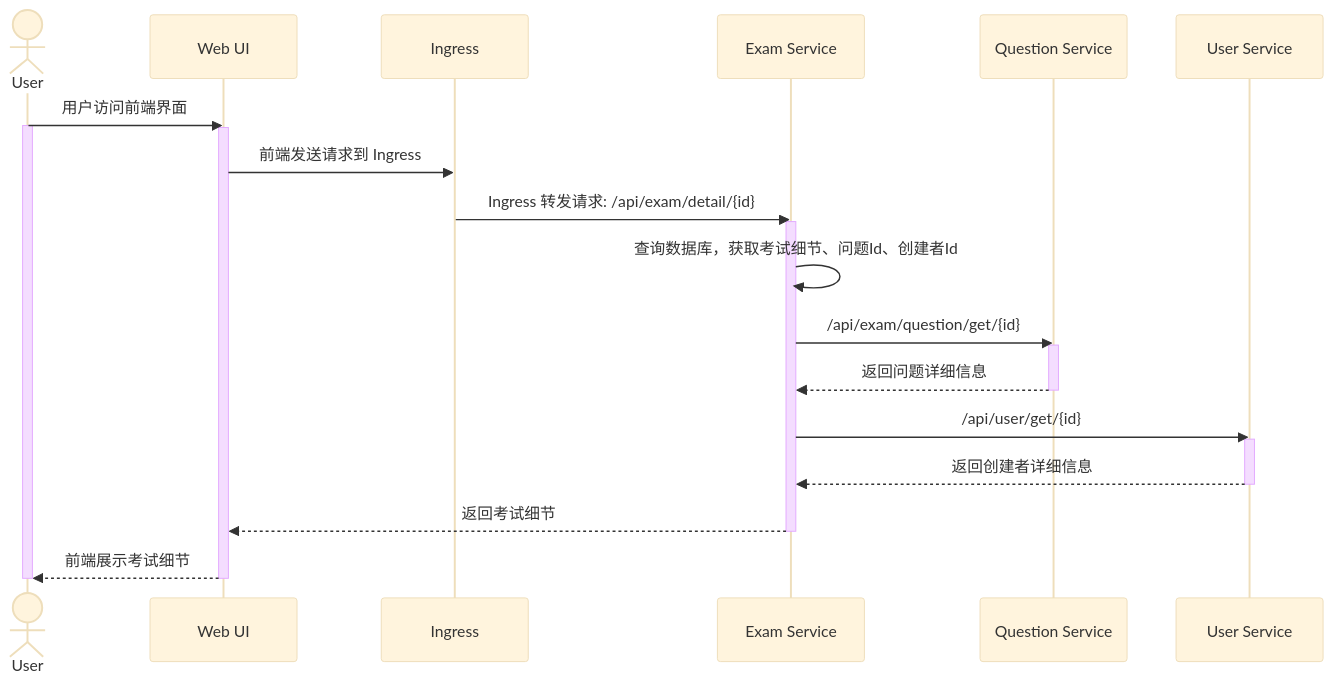
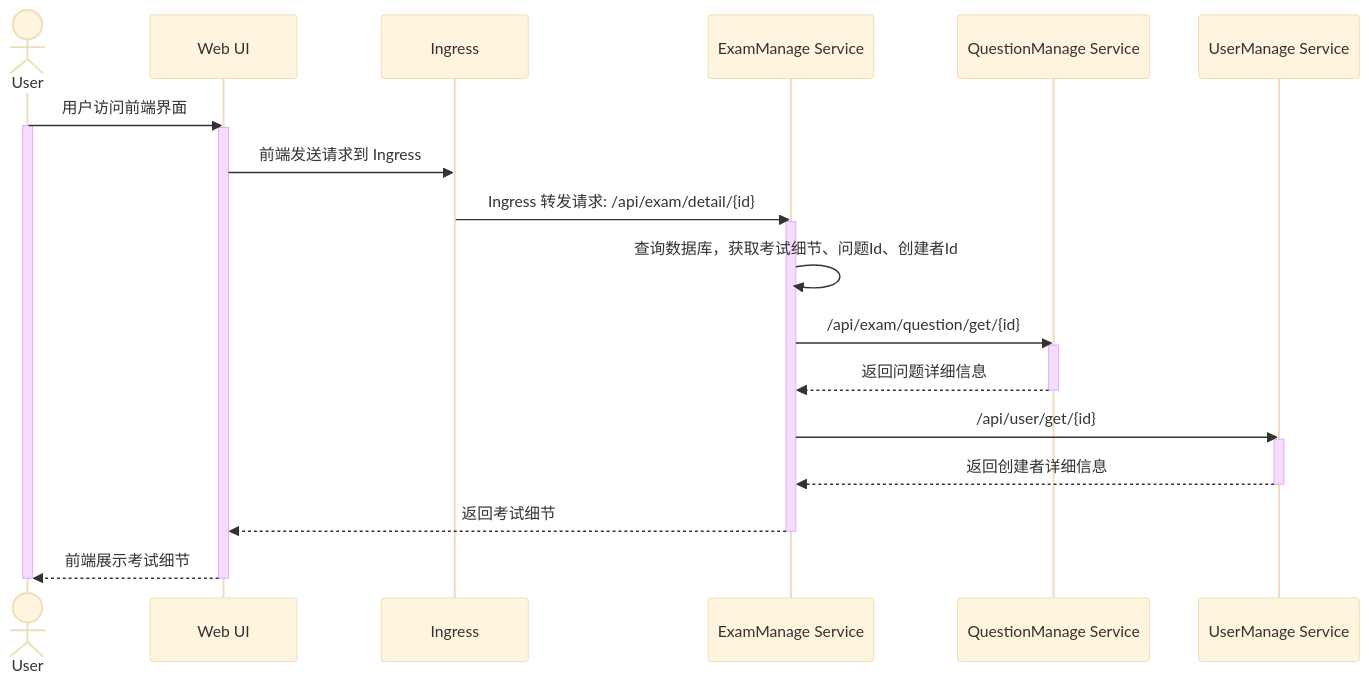
Diagram 16 of 17 in docs_hby/lab3-task2-group-8.md (HBY-STAR/2024_Spring_CloudNative_Lab), drawn with Mermaid (base theme) before and after one commit. The commit also changed other lines of this file and 1 other file, not shown here.

````diff
--- a/docs_hby/lab3-task2-group-8.md
+++ b/docs_hby/lab3-task2-group-8.md
@@ -503,30 +530,30 @@
 ```mermaid
 sequenceDiagram
     actor User
     participant Web UI
     participant Ingress
-    participant Exam Service
-    participant Question Service
-    participant User Service
+    participant ExamManage Service
+    participant QuestionManage Service
+    participant UserManage Service
     
     User ->> Web UI: 用户访问前端界面
     activate User
     activate Web UI
 	Web UI ->> Ingress: 前端发送请求到 Ingress
-	Ingress ->> Exam Service: Ingress 转发请求: /api/exam/detail/{id}
-	activate Exam Service
-	Exam Service ->> Exam Service: 查询数据库，获取考试细节、问题Id、创建者Id
-    Exam Service ->> Question Service: /api/exam/question/get/{id}
-    activate Question Service
-    Question Service -->> Exam Service: 返回问题详细信息
-    deactivate Question Service
-    Exam Service ->> User Service: /api/user/get/{id}
-    activate User Service
-    User Service -->> Exam Service: 返回创建者详细信息
-    deactivate User Service
-    Exam Service -->> Web UI: 返回考试细节
-    deactivate Exam Service
+	Ingress ->> ExamManage Service: Ingress 转发请求: /api/exam/detail/{id}
+	activate ExamManage Service
+	ExamManage Service ->> ExamManage Service: 查询数据库，获取考试细节、问题Id、创建者Id
+    ExamManage Service ->> QuestionManage Service: /api/exam/question/get/{id}
+    activate QuestionManage Service
+    QuestionManage Service -->> ExamManage Service: 返回问题详细信息
+    deactivate QuestionManage Service
+    ExamManage Service ->> UserManage Service: /api/user/get/{id}
+    activate UserManage Service
+    UserManage Service -->> ExamManage Service: 返回创建者详细信息
+    deactivate UserManage Service
+    ExamManage Service -->> Web UI: 返回考试细节
+    deactivate ExamManage Service
     Web UI -->> User: 前端展示考试细节
     deactivate Web UI
     deactivate User
 ```
````
